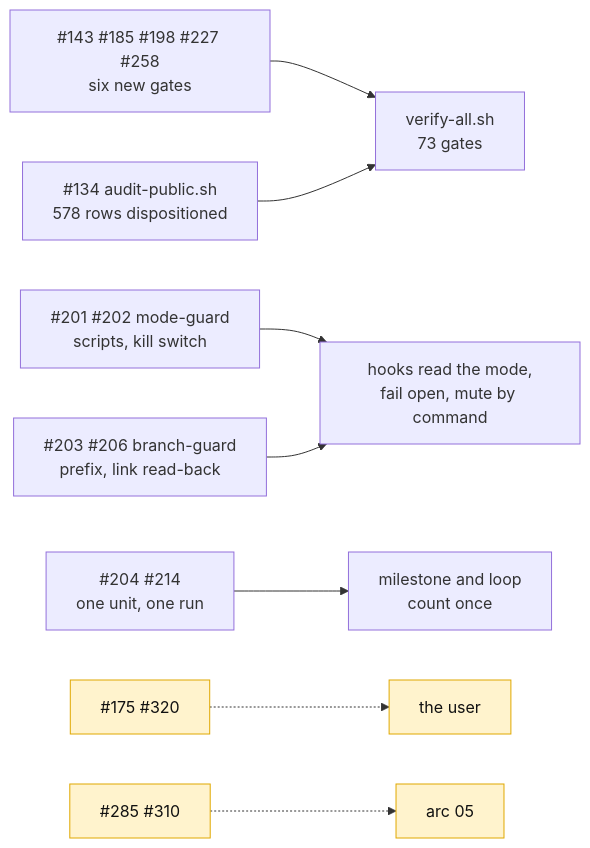
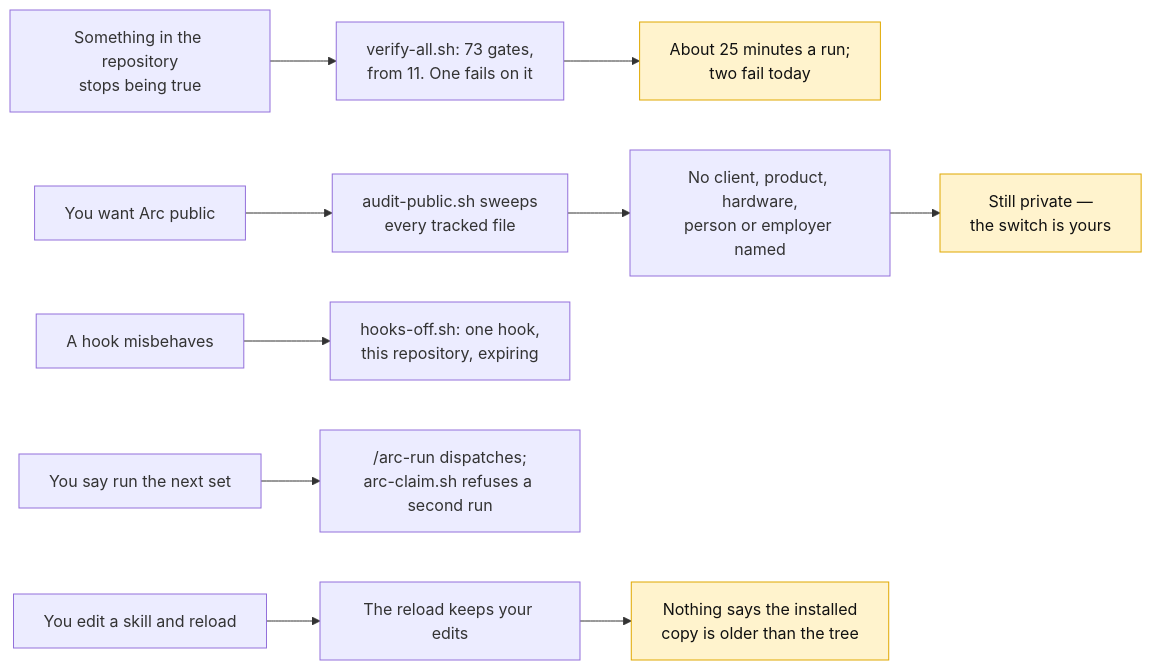
One commit to Calyx-Engineering/arc changed the eighth of 8 diagrams in docs/arc-log/arc-04-dogfood.md. Above: the diagram before and after it, drawn with Mermaid. The commit also changed other lines of this file, not shown here.

First line of the commit message:
docs: Upkeep's report is rewritten around user stories (#148)

````diff
--- a/docs/arc-log/arc-04-dogfood.md
+++ b/docs/arc-log/arc-04-dogfood.md
@@ -730,11 +743,13 @@
 ```mermaid
 flowchart LR
-    A["#143 #185 #198 #227 #258<br/>six new gates"] --> G["verify-all.sh<br/>73 gates"]
-    B["#134 audit-public.sh<br/>578 rows dispositioned"] --> G
-    C["#201 #202 mode-guard<br/>scripts, kill switch"] --> H["hooks read the mode,<br/>fail open, mute by command"]
-    D["#203 #206 branch-guard<br/>prefix, link read-back"] --> H
-    E["#204 #214<br/>one unit, one run"] --> I["milestone and loop<br/>count once"]
-    F["#175 #320"]:::blocked -.-> J["the user"]:::blocked
-    K["#285 #310"]:::blocked -.-> L["arc 05"]:::blocked
+    T["Something in the repository<br/>stops being true"] --> G["verify-all.sh: 73 gates,<br/>from 11. One fails on it"]
+    G --> S["About 25 minutes a run;<br/>two fail today"]:::blocked
+    P["You want Arc public"] --> AU["audit-public.sh sweeps<br/>every tracked file"]
+    AU --> CL["No client, product, hardware,<br/>person or employer named"]
+    CL --> PV["Still private —<br/>the switch is yours"]:::blocked
+    H["A hook misbehaves"] --> OFF["hooks-off.sh: one hook,<br/>this repository, expiring"]
+    R["You say run the next set"] --> RUN["/arc-run dispatches;<br/>arc-claim.sh refuses a second run"]
+    ED["You edit a skill and reload"] --> KEEP["The reload keeps your edits"]
+    KEEP --> STALE["Nothing says the installed<br/>copy is older than the tree"]:::blocked
     classDef blocked fill:#fff3cd,stroke:#e0a800,color:#111
 ```
````
